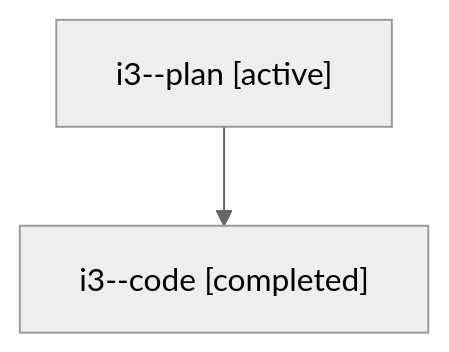
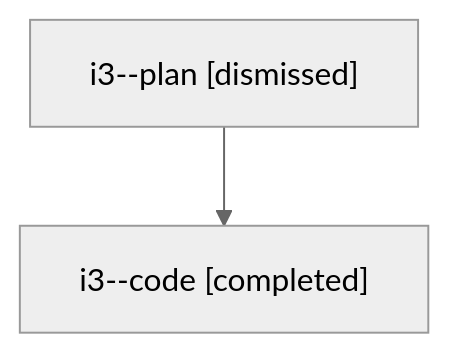
One commit to sase-org/sase--agents changed the diagram in sessions/bbugyi200.athena.i3.md. Above: the diagram before and after it, drawn with Mermaid (neutral theme). The commit also changed other lines of this file and 34 other files, not shown here.

````diff
--- a/sessions/bbugyi200.athena.i3.md
+++ b/sessions/bbugyi200.athena.i3.md
@@ -9,6 +9,6 @@
 ```mermaid
 flowchart TD
-  n0["i3--plan [active]"]
+  n0["i3--plan [dismissed]"]
   n1["i3--code [completed]"]
   n0 --> n1
 ```
````
